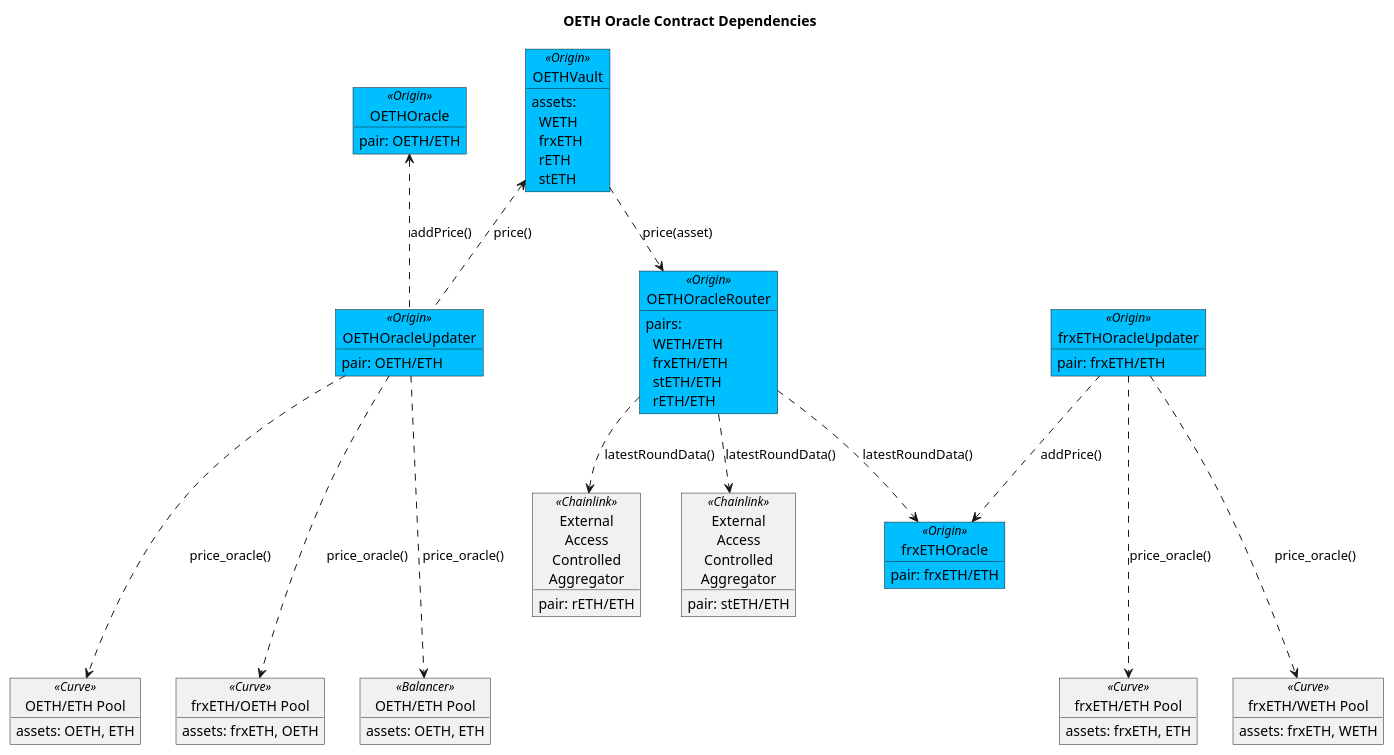
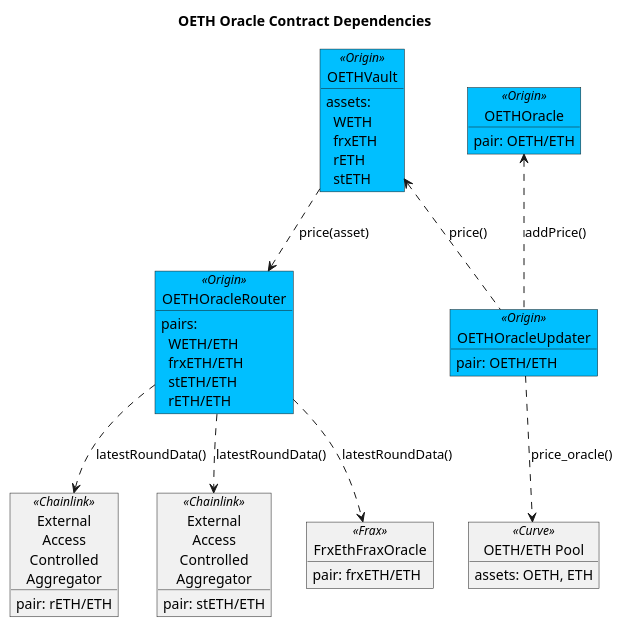
The diagram in contracts/docs/plantuml/oethOracles.puml (OriginProtocol/origin-dollar), drawn with PlantUML before and after one commit. The commit also changed 3 other files, not shown here.

Commit message:
Added price cap on OETH Oracle

```diff
--- a/contracts/docs/plantuml/oethOracles.puml
+++ b/contracts/docs/plantuml/oethOracles.puml
@@ -1,116 +1,121 @@
 @startuml
 
 skinparam tabSize 2
 
 title "OETH Oracle Contract Dependencies"
 
 object "OETHVault" as vault <<Origin>> #DeepSkyBlue {
 assets:
     \tWETH
     \tfrxETH
     \trETH
     \tstETH
 }
 
 object "OETHOracleRouter" as router <<Origin>> #DeepSkyBlue {
 pairs:
     \tWETH/ETH
     \tfrxETH/ETH
     \tstETH/ETH
     \trETH/ETH
 }
 
 object "OETHOracleUpdater" as oou <<Origin>> #DeepSkyBlue {
 pair: OETH/ETH
 }
 
-object "frxETHOracleUpdater" as fou <<Origin>> #DeepSkyBlue {
-pair: frxETH/ETH
-}
-
 object "OETHOracle" as oetho <<Origin>> #DeepSkyBlue {
 pair: OETH/ETH
 }
 
-object "frxETHOracle" as frxo <<Origin>> #DeepSkyBlue {
-pair: frxETH/ETH
-}
+' object "frxETHOracleUpdater" as fou <<Origin>> #DeepSkyBlue {
+' pair: frxETH/ETH
+' }
+
+' object "frxETHOracle" as frxo <<Origin>> #DeepSkyBlue {
+' pair: frxETH/ETH
+' }
 
 object "External\nAccess\nControlled\nAggregator" as clrETH <<Chainlink>> {
 pair: rETH/ETH
 }
 
 object "External\nAccess\nControlled\nAggregator" as clstETH <<Chainlink>> {
 pair: stETH/ETH
 }
 
+object "FrxEthFraxOracle" as fefo <<Frax>> {
+pair: frxETH/ETH
+}
+
 object "OETH/ETH Pool" as coep <<Curve>> {
 assets: OETH, ETH
 }
 
-object "frxETH/OETH Pool" as cfop <<Curve>> {
-assets: frxETH, OETH
-}
+' object "frxETH/OETH Pool" as cfop <<Curve>> {
+' assets: frxETH, OETH
+' }
 
-object "frxETH/ETH Pool" as cfep <<Curve>> {
-assets: frxETH, ETH
-}
+' object "frxETH/ETH Pool" as cfep <<Curve>> {
+' assets: frxETH, ETH
+' }
 
-object "frxETH/WETH Pool" as cfwp <<Curve>> {
-assets: frxETH, WETH
-}
+' object "frxETH/WETH Pool" as cfwp <<Curve>> {
+' assets: frxETH, WETH
+' }
 
-object "OETH/ETH Pool" as boep <<Balancer>> {
-assets: OETH, ETH
-}
+' object "OETH/ETH Pool" as boep <<Balancer>> {
+' assets: OETH, ETH
+' }
 
 
 vault ..> router : price(asset)
 router ..> clrETH : latestRoundData()
 router ..> clstETH : latestRoundData()
+router ..> fefo : latestRoundData()
 
 vault <.. oou : price()
 oetho <.. oou  : addPrice()
-oou ...> coep : price_oracle()
-oou ...> cfop : price_oracle()
-oou ...> boep : price_oracle()
+oou ..> coep : price_oracle()
+' oou ...> cfop : price_oracle()
+' oou ...> boep : price_oracle()
 
-router ..> frxo  : latestRoundData()
-fou ..> frxo : addPrice()
-fou ...> cfep : price_oracle()
-fou ...> cfwp : price_oracle()
+' router ..> frxo  : latestRoundData()
+' fou ..> frxo : addPrice()
+' fou ...> cfep : price_oracle()
+' fou ...> cfwp : price_oracle()
 
 
 ' object "FrxEthFraxOracle" as fo <<Frax>> {
 ' pair: frxETH/ETH
 ' }
 
 ' object "FrxEthEthDualOracle" as fdo <<Frax>> {
 ' pair: frxETH/ETH
 ' }
 
 
 ' object "External\nAccess\nControlled\nAggregator" as cleth <<Chainlink>> {
 ' pair: ETH/USD
 ' }
 
 ' object "External\nAccess\nControlled\nAggregator" as clfrax <<Chainlink>> {
 ' pair: FRAX/USD
 ' }
 
 ' object "StaticOracle" as uso <<Uniswap>> {
 ' }
 
 ' object "frxETH/FRAX Pool" as up <<Uniswap>> {
 '     assets: frxETH, FRAX
 ' }
 
 ' router ..> fo : latestRoundData()
 ' fdo .> fo : addRoundData()
 ' fdo ....> cfep : price_oracle()
 ' fdo ....> uso : quoteSpecificPoolsWithTimePeriod()
 ' uso .> up : observe()
 ' fdo ..> cleth : latestRoundData()
 ' fdo ..> clfrax : latestRoundData()
 
 @enduml
```
